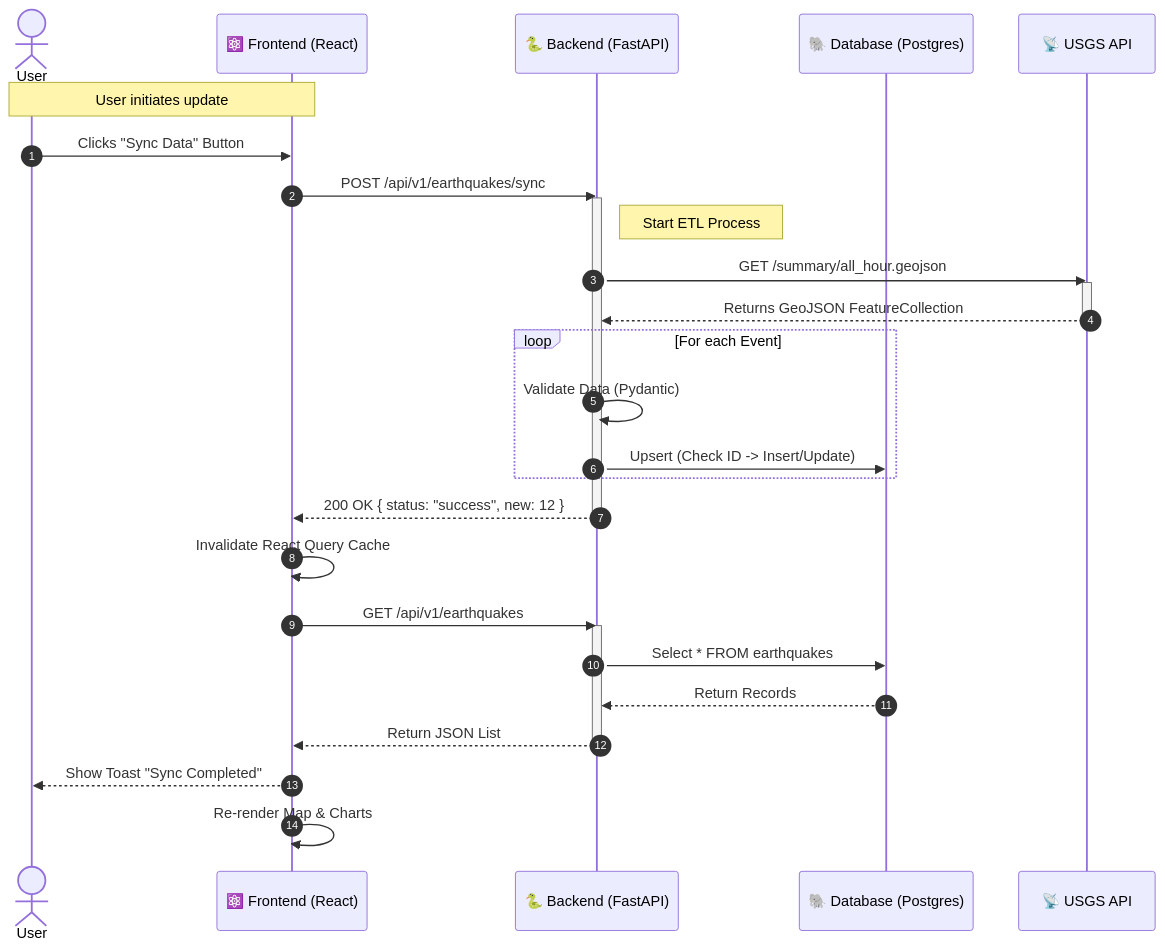
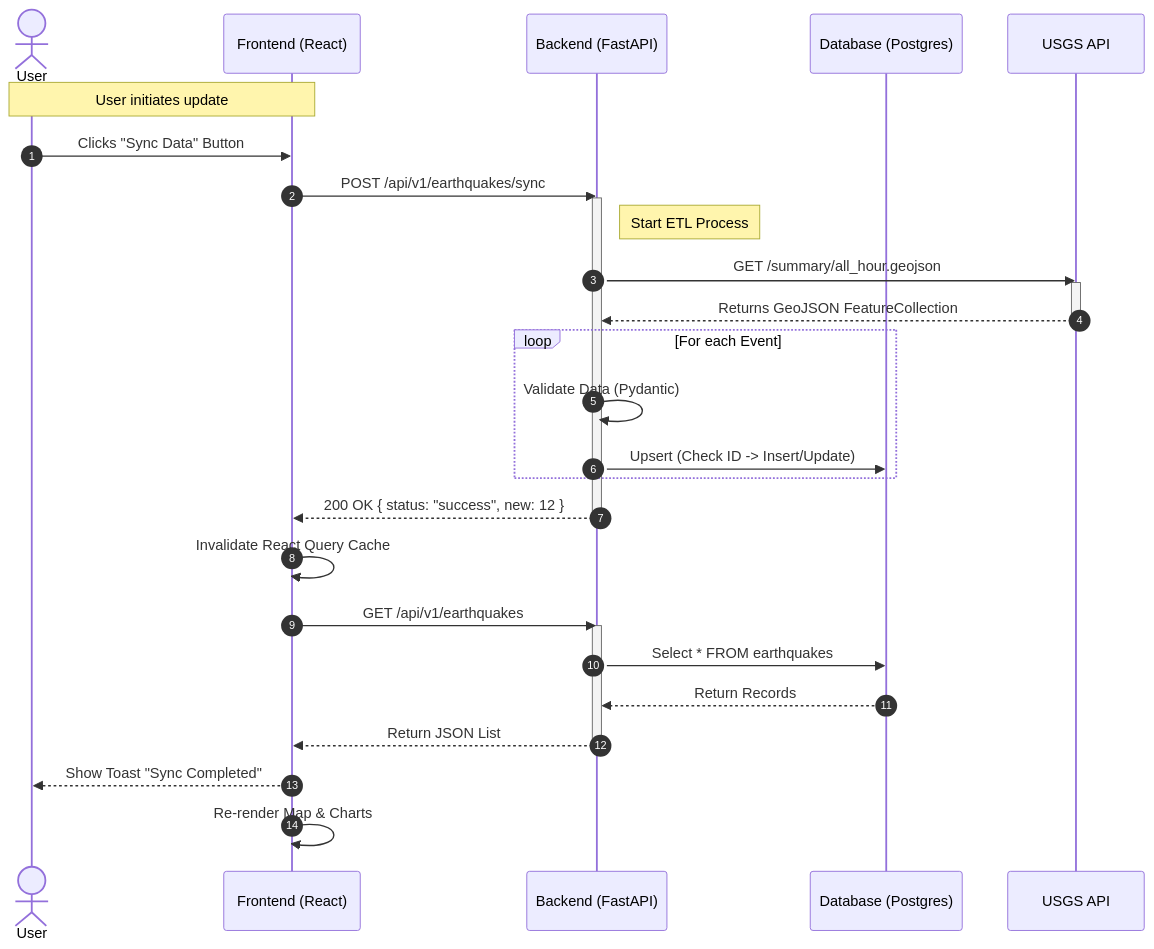
One commit to pablomigueldias/seismic-monitor changed the third of 4 diagrams in README.MD. Above: the diagram before and after it, drawn with Mermaid. The commit also changed other lines of this file, not shown here.

Commit message:
readme update 1

````diff
--- a/README.MD
+++ b/README.MD
@@ -68,39 +68,39 @@
 ```mermaid
 sequenceDiagram
     autonumber
     actor User
-    participant UI as ⚛️ Frontend (React)
-    participant API as 🐍 Backend (FastAPI)
-    participant DB as 🐘 Database (Postgres)
-    participant USGS as 📡 USGS API
+    participant UI as Frontend (React)
+    participant API as Backend (FastAPI)
+    participant DB as Database (Postgres)
+    participant USGS as USGS API
 
     Note over User, UI: User initiates update
     User->>UI: Clicks "Sync Data" Button
     UI->>API: POST /api/v1/earthquakes/sync
     
     activate API
     Note right of API: Start ETL Process
     API->>USGS: GET /summary/all_hour.geojson
     activate USGS
     USGS-->>API: Returns GeoJSON FeatureCollection
     deactivate USGS
 
     loop For each Event
         API->>API: Validate Data (Pydantic)
         API->>DB: Upsert (Check ID -> Insert/Update)
     end
 
     API-->>UI: 200 OK { status: "success", new: 12 }
     deactivate API
 
     UI->>UI: Invalidate React Query Cache
     UI->>API: GET /api/v1/earthquakes
     activate API
     API->>DB: Select * FROM earthquakes
     DB-->>API: Return Records
     API-->>UI: Return JSON List
     deactivate API
 
     UI-->>User: Show Toast "Sync Completed"
     UI->>UI: Re-render Map & Charts
 ```
````
